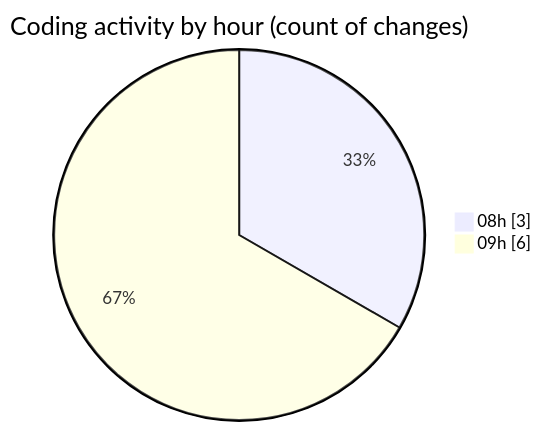
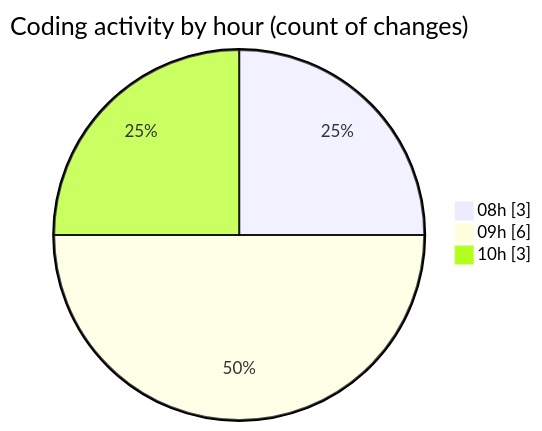
One commit to BS-eng2023/code-tracking changed the second of 2 diagrams in 2025-04-01/jsvms/README.md. Above: the diagram before and after it, drawn with Mermaid. The commit also changed other lines of this file and 1 other file, not shown here.

````diff
--- a/2025-04-01/jsvms/README.md
+++ b/2025-04-01/jsvms/README.md
@@ -36,6 +38,7 @@
 ```mermaid
 pie showData
 title Coding activity by hour (count of changes)
 "08h" : 3
 "09h" : 6
+"10h" : 3
 ```
````
